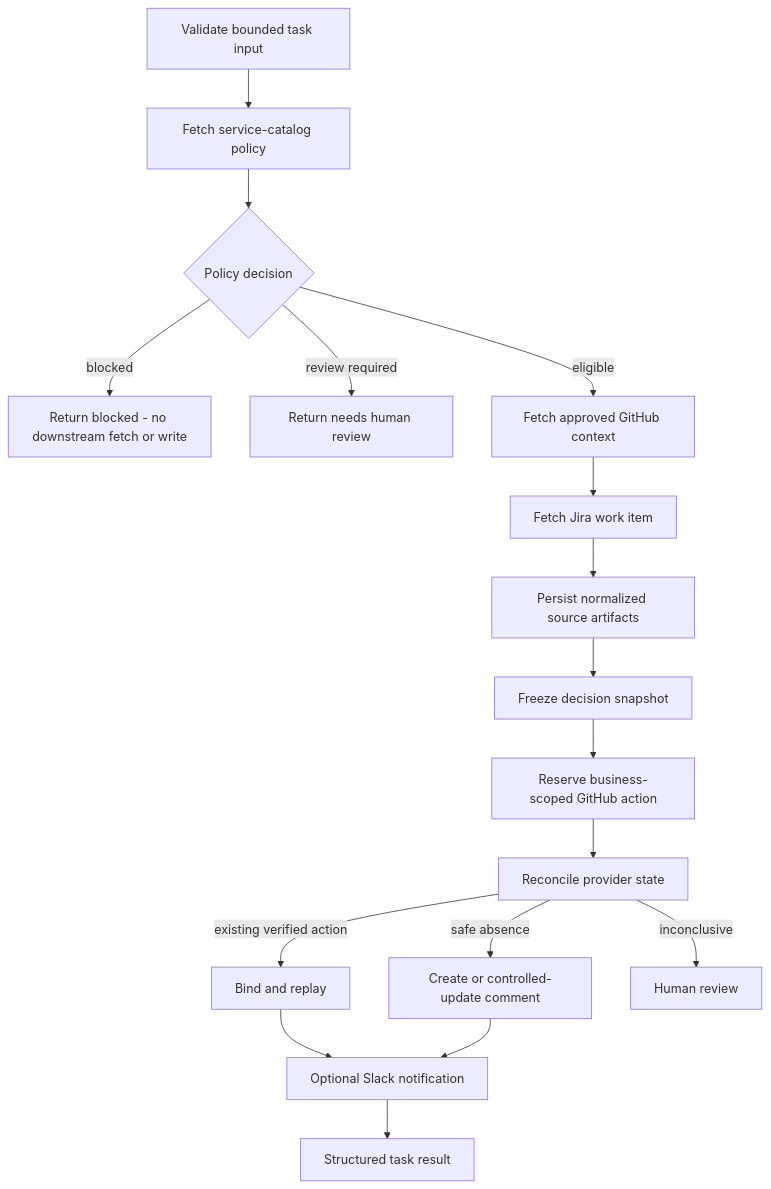
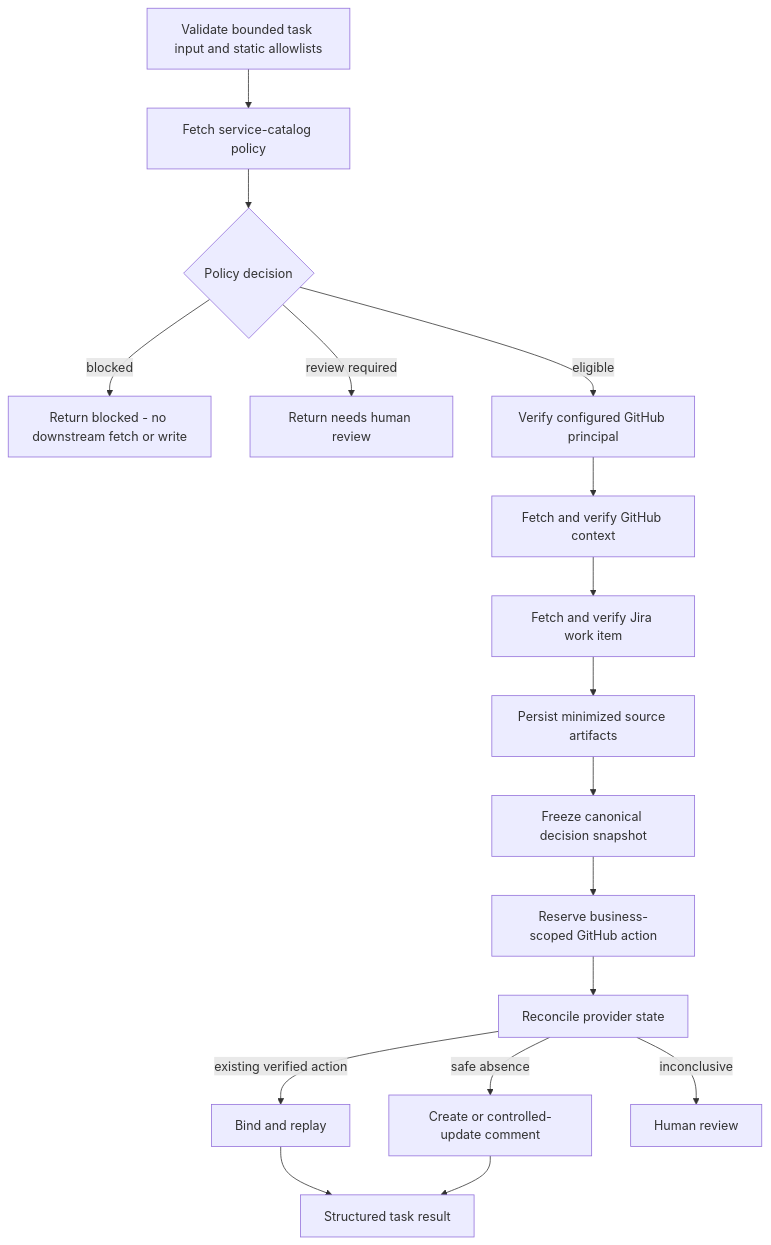
Before and after one commit to amirss/ninjatech-deployment-lab: the diagram in docs/wiki/Enterprise-Integration-Design.md, drawn with Mermaid. The commit also changed other lines of this file and 2 other files, not shown here.

````diff
--- a/docs/wiki/Enterprise-Integration-Design.md
+++ b/docs/wiki/Enterprise-Integration-Design.md
@@ -31,19 +32,19 @@
 ```mermaid
 flowchart TD
-    I[Validate bounded task input] --> S[Fetch service-catalog policy]
+    I[Validate bounded task input and static allowlists] --> S[Fetch service-catalog policy]
     S --> P{Policy decision}
     P -->|blocked| B[Return blocked - no downstream fetch or write]
     P -->|review required| R[Return needs human review]
-    P -->|eligible| G[Fetch approved GitHub context]
-    G --> J[Fetch Jira work item]
-    J --> A[Persist normalized source artifacts]
-    A --> D[Freeze decision snapshot]
+    P -->|eligible| V[Verify configured GitHub principal]
+    V --> G[Fetch and verify GitHub context]
+    G --> J[Fetch and verify Jira work item]
+    J --> A[Persist minimized source artifacts]
+    A --> D[Freeze canonical decision snapshot]
     D --> X[Reserve business-scoped GitHub action]
     X --> C[Reconcile provider state]
     C -->|existing verified action| E[Bind and replay]
     C -->|safe absence| W[Create or controlled-update comment]
     C -->|inconclusive| H[Human review]
-    E --> N[Optional Slack notification]
-    W --> N
-    N --> O[Structured task result]
+    E --> O[Structured task result]
+    W --> O
 ```
````
